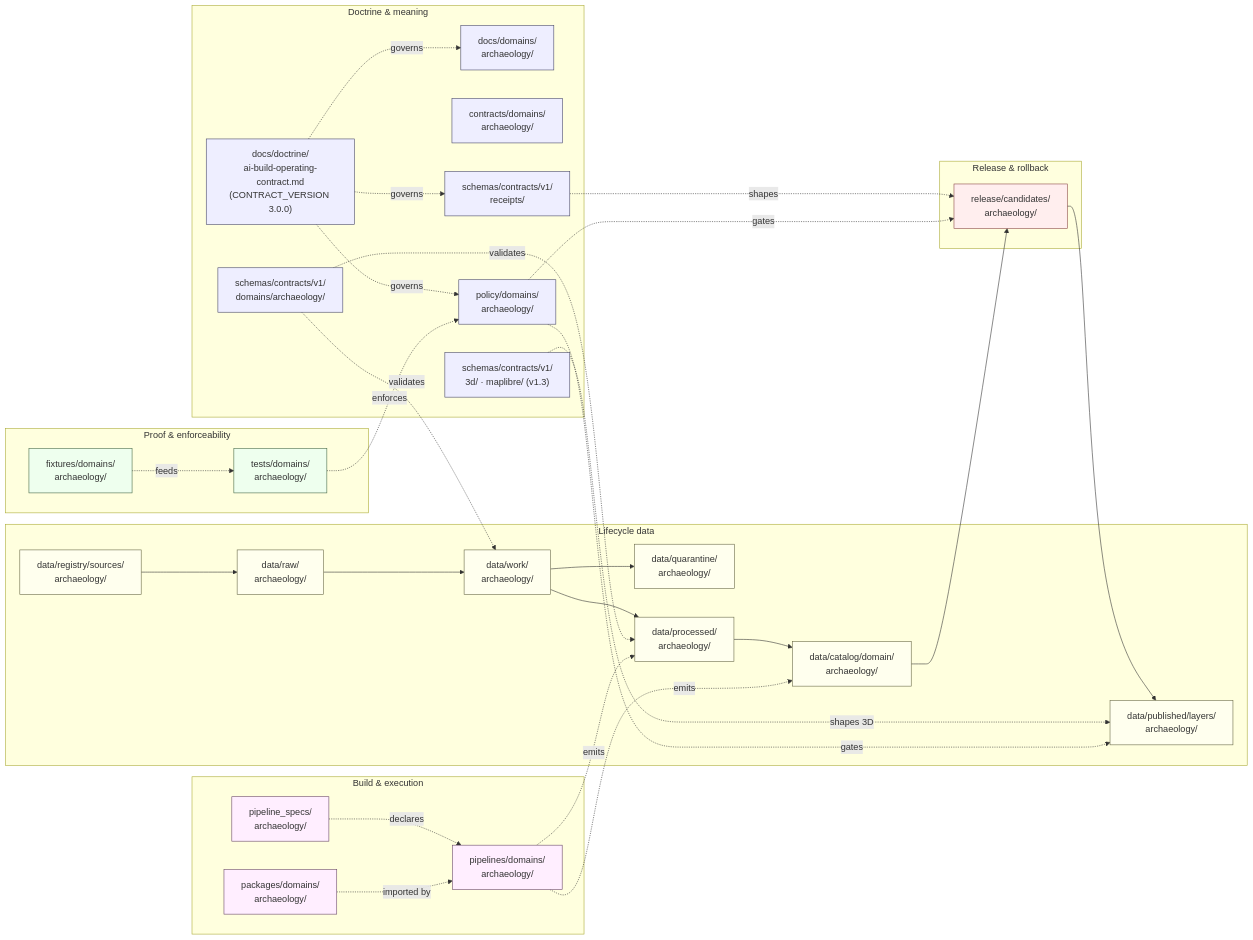
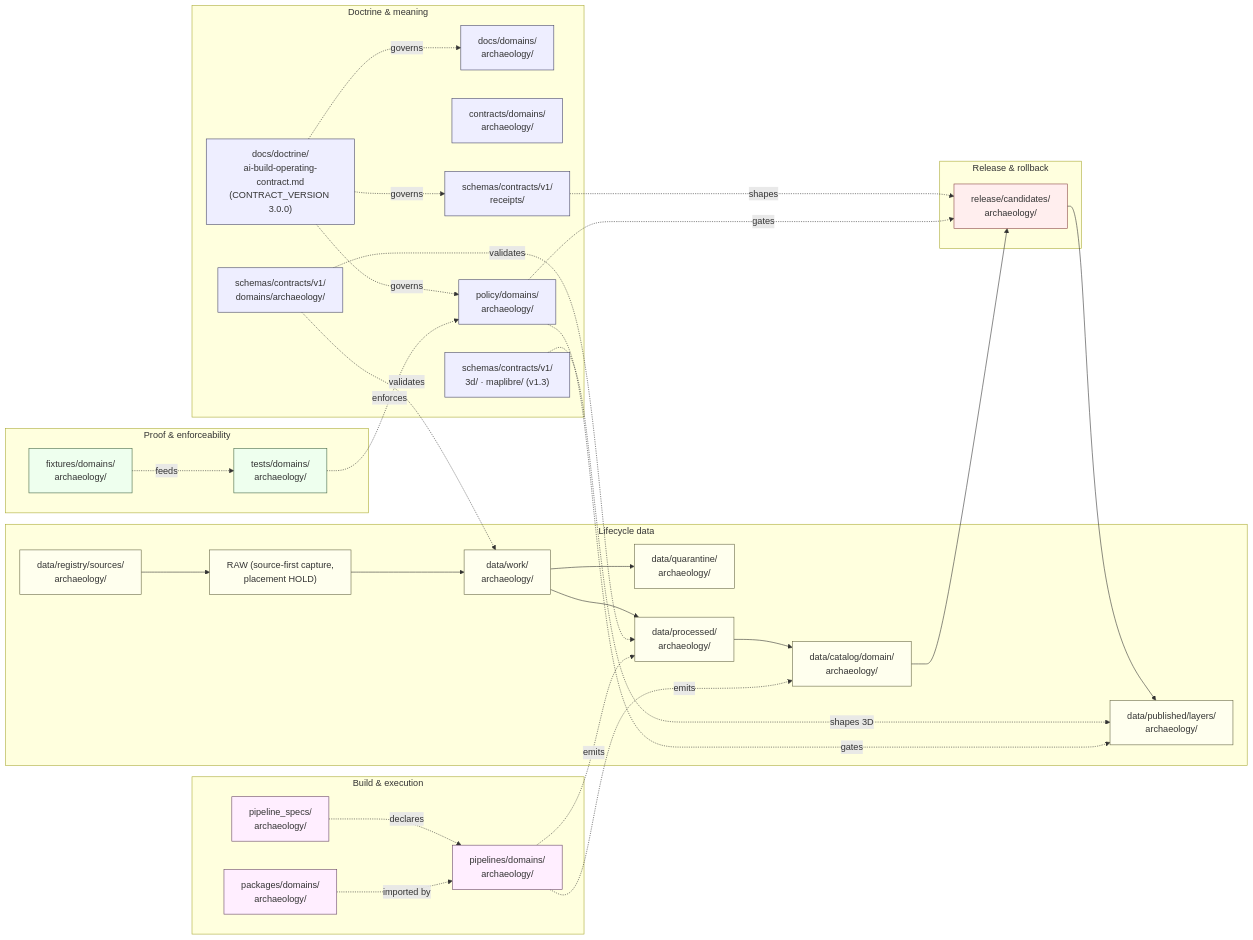
One commit to bartytime4life/Kansas-Frontier-Matrix changed the diagram in docs/domains/archaeology/FILE_SYSTEM_PLAN.md. Above: the diagram before and after it, drawn with Mermaid. The commit also changed other lines of this file and 13 other files, not shown here.

First line of the commit message:
docs(archaeology): align RAW placement doctrine with source-first DIR-SOURCE-001

````diff
--- a/docs/domains/archaeology/FILE_SYSTEM_PLAN.md
+++ b/docs/domains/archaeology/FILE_SYSTEM_PLAN.md
@@ -172,70 +177,70 @@
 ```mermaid
 flowchart LR
   subgraph Doctrine[Doctrine & meaning]
     OC["docs/doctrine/<br/>ai-build-operating-contract.md<br/>(CONTRACT_VERSION 3.0.0)"]
     DOCS["docs/domains/<br/>archaeology/"]
     CON["contracts/domains/<br/>archaeology/"]
     SCH["schemas/contracts/v1/<br/>domains/archaeology/"]
     RCPT["schemas/contracts/v1/<br/>receipts/"]
     TD["schemas/contracts/v1/<br/>3d/ · maplibre/ (v1.3)"]
     POL["policy/domains/<br/>archaeology/"]
   end
 
   subgraph Proof[Proof & enforceability]
     TST["tests/domains/<br/>archaeology/"]
     FIX["fixtures/domains/<br/>archaeology/"]
   end
 
   subgraph Build[Build & execution]
     PKG["packages/domains/<br/>archaeology/"]
     PSP["pipeline_specs/<br/>archaeology/"]
     PIP["pipelines/domains/<br/>archaeology/"]
   end
 
   subgraph Lifecycle[Lifecycle data]
     REG["data/registry/sources/<br/>archaeology/"]
-    RAW["data/raw/<br/>archaeology/"]
+    RAW["RAW (source-first capture,<br/>placement HOLD)"]
     WRK["data/work/<br/>archaeology/"]
     QRN["data/quarantine/<br/>archaeology/"]
     PRC["data/processed/<br/>archaeology/"]
     CAT["data/catalog/domain/<br/>archaeology/"]
     PUB["data/published/layers/<br/>archaeology/"]
   end
 
   subgraph Release[Release & rollback]
     RC["release/candidates/<br/>archaeology/"]
   end
 
   OC -.governs.-> DOCS
   OC -.governs.-> POL
   OC -.governs.-> RCPT
 
   REG --> RAW --> WRK
   WRK --> PRC
   WRK --> QRN
   PRC --> CAT --> RC --> PUB
 
   SCH -.validates.-> WRK
   SCH -.validates.-> PRC
   TD -.shapes 3D.-> PUB
   RCPT -.shapes.-> RC
   POL -.gates.-> RC
   POL -.gates.-> PUB
   TST -.enforces.-> POL
   FIX -.feeds.-> TST
   PSP -.declares.-> PIP
   PIP -.emits.-> PRC
   PIP -.emits.-> CAT
   PKG -.imported by.-> PIP
 
   classDef doctrine fill:#eef,stroke:#446;
   classDef proof fill:#efe,stroke:#464;
   classDef build fill:#fef,stroke:#646;
   classDef life fill:#ffe,stroke:#664;
   classDef rel fill:#fee,stroke:#844;
   class OC,DOCS,CON,SCH,RCPT,TD,POL doctrine;
   class TST,FIX proof;
   class PKG,PSP,PIP build;
   class REG,RAW,WRK,QRN,PRC,CAT,PUB life;
   class RC rel;
 ```
````
